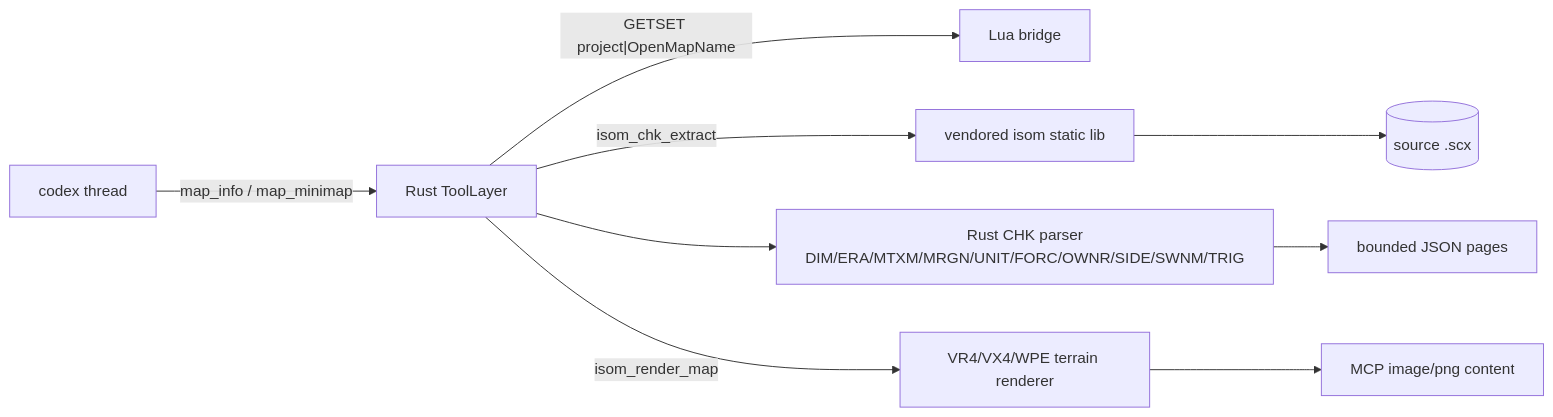
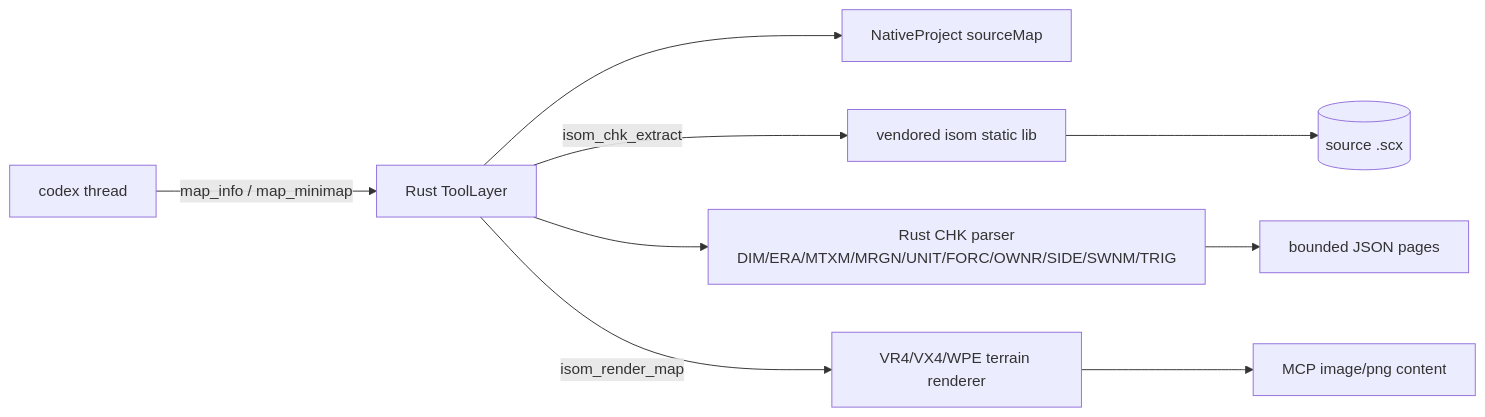
Before and after one commit to raravel/eud-agent: the diagram in hivemind/docs/features/08_map-info-tool.md, drawn with Mermaid. The commit also changed other lines of this file and 108 other files, not shown here.

````diff
--- a/hivemind/docs/features/08_map-info-tool.md
+++ b/hivemind/docs/features/08_map-info-tool.md
@@ -12,11 +10,11 @@
 ```mermaid
 graph LR
     Codex[codex thread] -- "map_info / map_minimap" --> Tools[Rust ToolLayer]
-    Tools -- "GETSET project|OpenMapName" --> Bridge[Lua bridge]
+    Tools --> Native[NativeProject sourceMap]
     Tools -- "isom_chk_extract" --> FFI[vendored isom static lib]
     FFI --> Map[(source .scx)]
     Tools --> Parse[Rust CHK parser<br/>DIM/ERA/MTXM/MRGN/UNIT/FORC/OWNR/SIDE/SWNM/TRIG]
     Tools -- "isom_render_map" --> Render[VR4/VX4/WPE terrain renderer]
     Parse --> Reply[bounded JSON pages]
     Render --> PNG[MCP image/png content]
 ```
````
